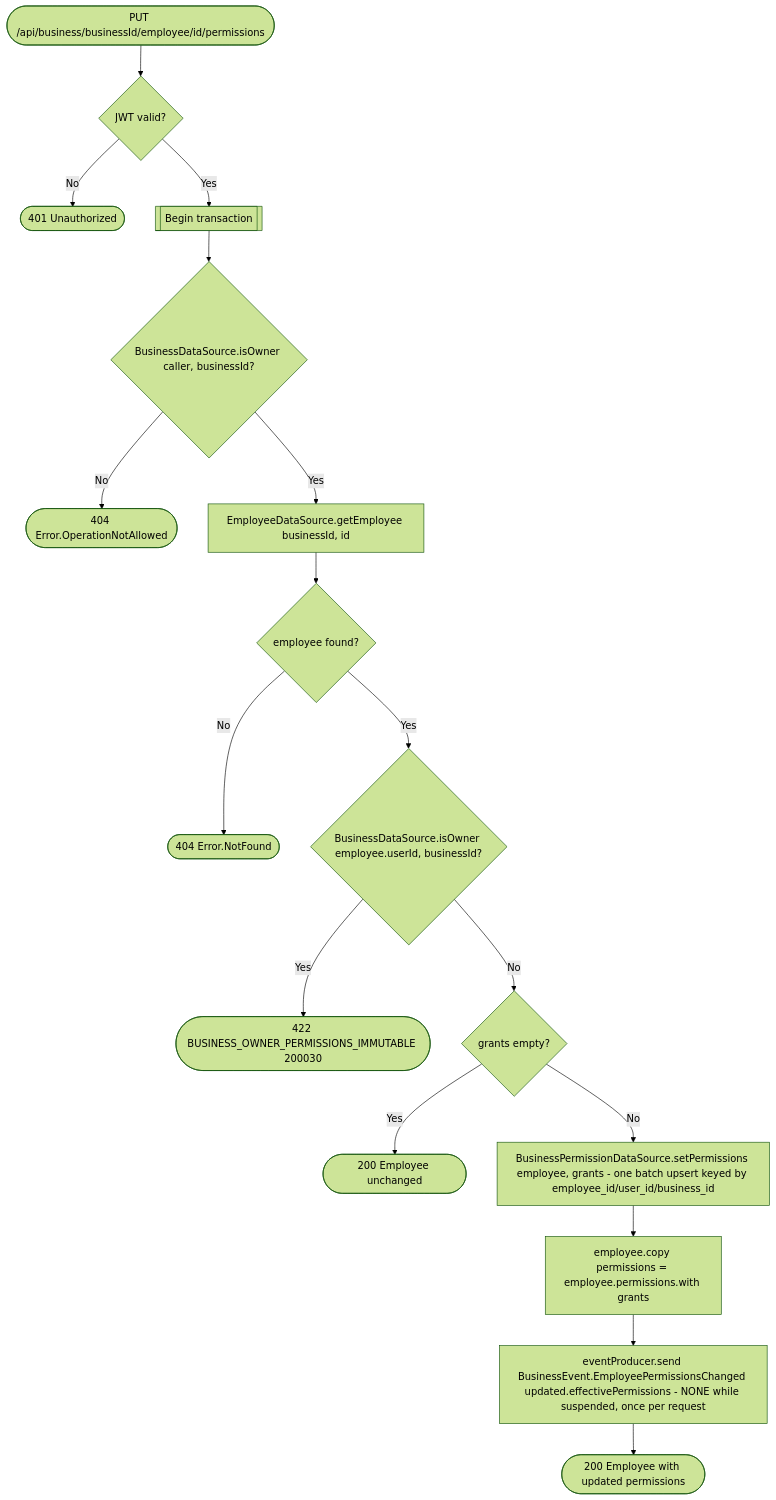
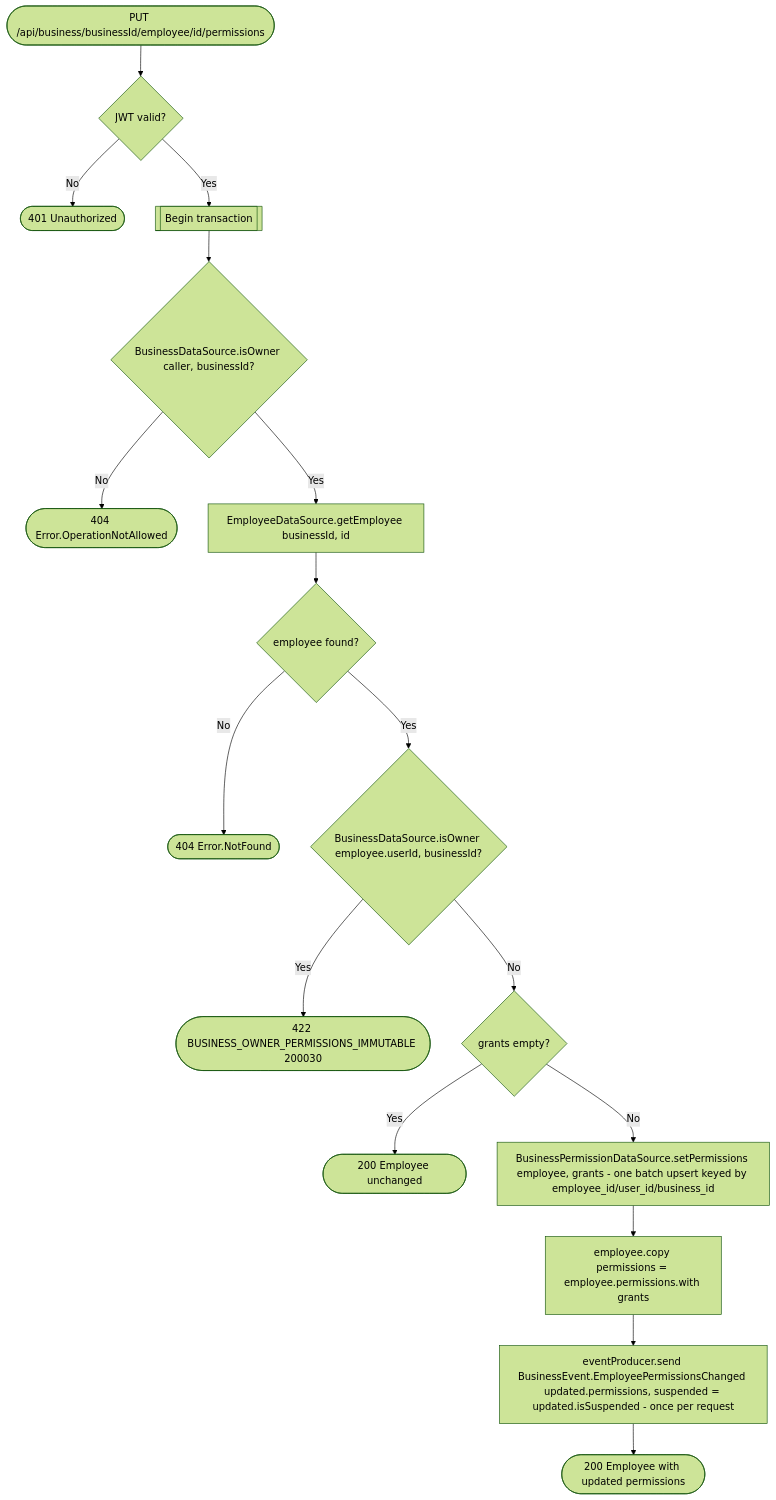
The diagram in docs/operations/business/set-employee-permissions.md (an22/bookk.me-backend), drawn with Mermaid (forest theme) before and after one commit. The commit also changed other lines of this file and 65 other files, not shown here.

````diff
--- a/docs/operations/business/set-employee-permissions.md
+++ b/docs/operations/business/set-employee-permissions.md
@@ -29,19 +28,19 @@
 ```mermaid
 flowchart TD
     Start([PUT /api/business/businessId/employee/id/permissions]) --> Auth{JWT valid?}
     Auth -- No --> R401([401 Unauthorized])
     Auth -- Yes --> Tx[[Begin transaction]]
     Tx --> PermCheck{BusinessDataSource.isOwner caller, businessId?}
     PermCheck -- No --> R404a([404 Error.OperationNotAllowed])
     PermCheck -- Yes --> Lookup[EmployeeDataSource.getEmployee businessId, id]
     Lookup --> Found{employee found?}
     Found -- No --> R404b([404 Error.NotFound])
     Found -- Yes --> Owner{BusinessDataSource.isOwner employee.userId, businessId?}
     Owner -- Yes --> R422o([422 BUSINESS_OWNER_PERMISSIONS_IMMUTABLE 200030])
     Owner -- No --> Empty{grants empty?}
     Empty -- Yes --> R200a([200 Employee unchanged])
     Empty -- No --> Set[BusinessPermissionDataSource.setPermissions employee, grants - one batch upsert keyed by employee_id/user_id/business_id]
     Set --> Merge[employee.copy permissions = employee.permissions.with grants]
-    Merge --> Event[eventProducer.send BusinessEvent.EmployeePermissionsChanged updated.effectivePermissions - NONE while suspended, once per request]
+    Merge --> Event[eventProducer.send BusinessEvent.EmployeePermissionsChanged updated.permissions, suspended = updated.isSuspended - once per request]
     Event --> R200([200 Employee with updated permissions])
 ```
````
